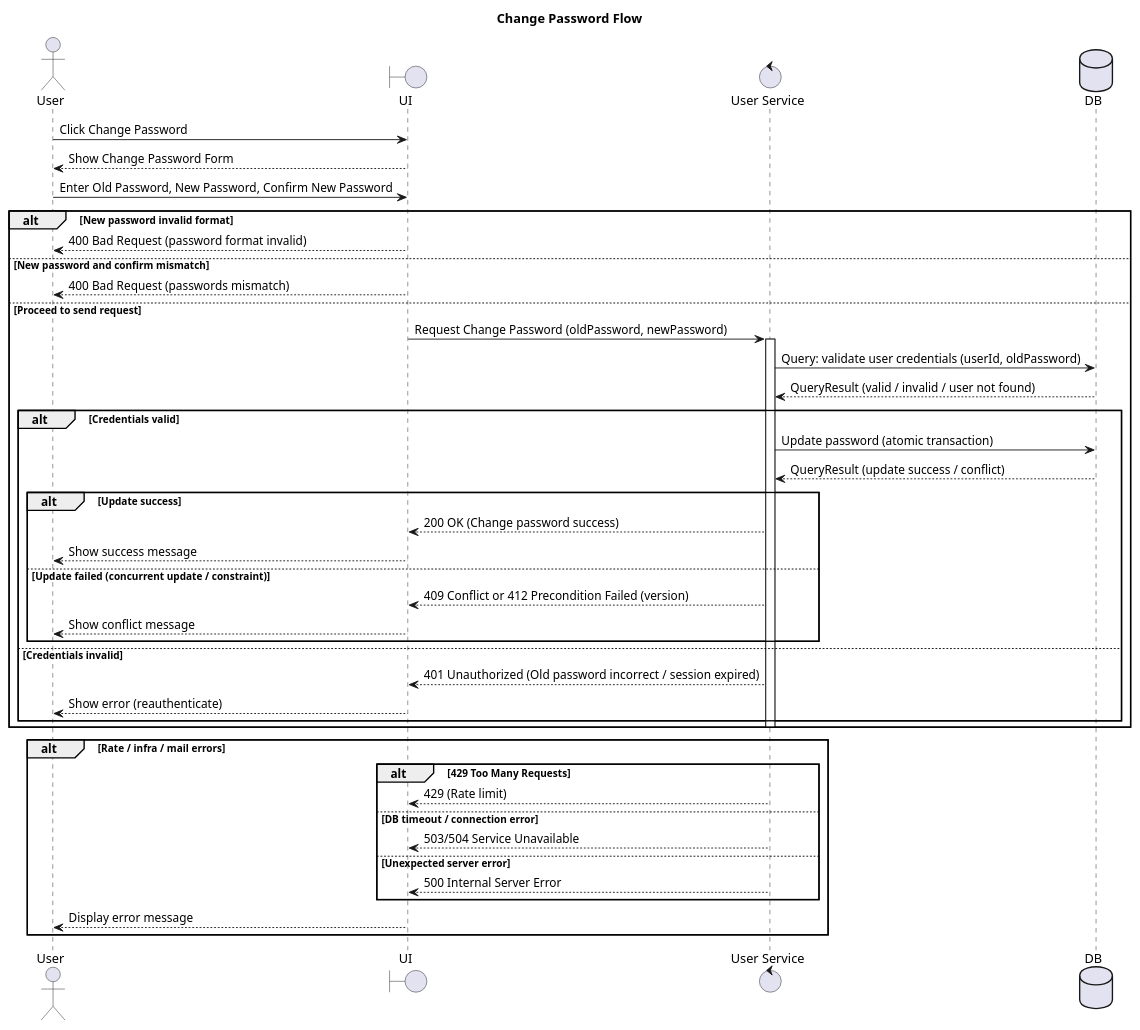
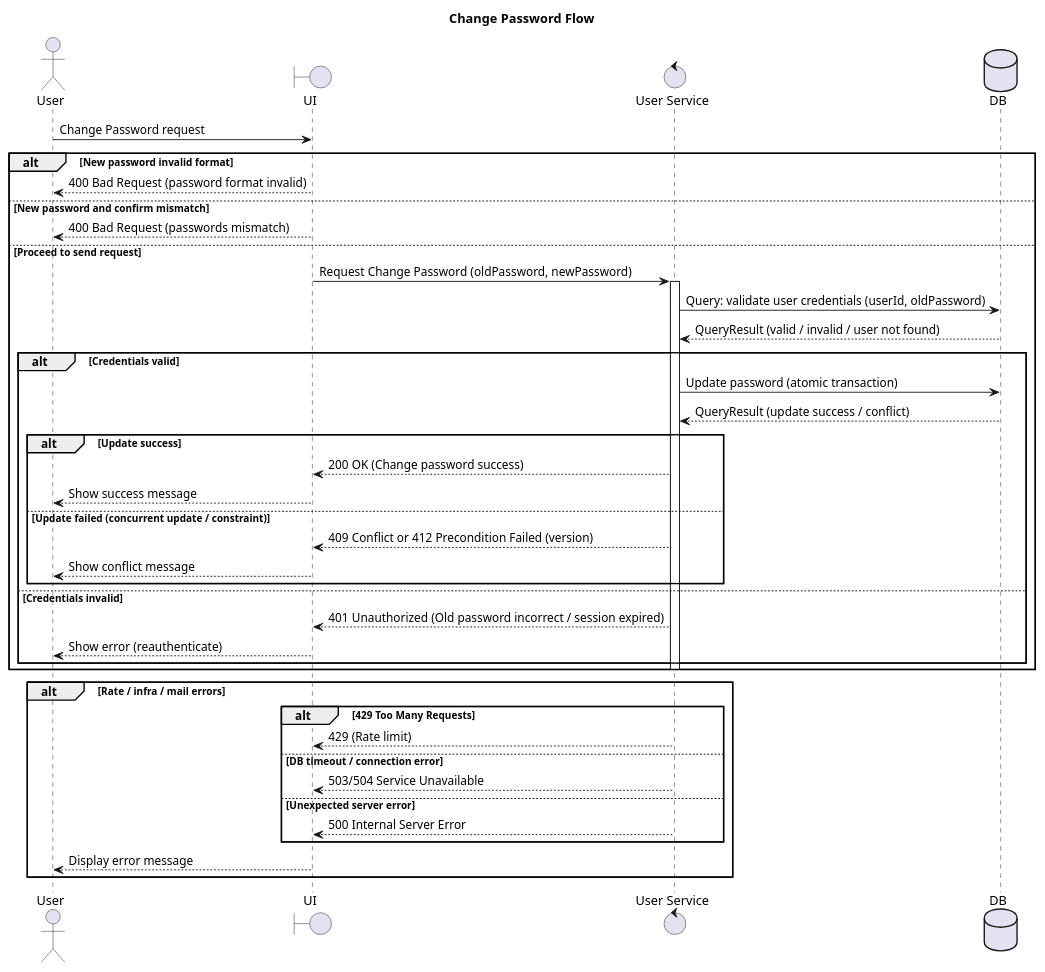
The diagram in UML/Sequence/Change Password.puml (Sagitoaz/BTL_OOP), drawn with PlantUML before and after one commit. The commit also changed 3 other files, not shown here.

Commit message:
Fix: Account Sequence

```diff
--- a/UML/Sequence/Change Password.puml
+++ b/UML/Sequence/Change Password.puml
@@ -1,51 +1,48 @@
 @startuml Change Password Flow
 title Change Password Flow
 actor User
 boundary UI
 control "User Service" as Service
 database DB
 
-User -> UI: Click Change Password
-UI --> User: Show Change Password Form
-User -> UI: Enter Old Password, New Password, Confirm New Password
-
+User -> UI: Change Password request
 ' Client-side prechecks (format/match)
 alt New password invalid format
     UI --> User: 400 Bad Request (password format invalid)
 else New password and confirm mismatch
     UI --> User: 400 Bad Request (passwords mismatch)
 else Proceed to send request
     UI -> Service: Request Change Password (oldPassword, newPassword)
     activate Service
 
     Service -> DB: Query: validate user credentials (userId, oldPassword)
     DB --> Service: QueryResult (valid / invalid / user not found)
 
     alt Credentials valid
         Service -> DB: Update password (atomic transaction)
         DB --> Service: QueryResult (update success / conflict)
         alt Update success
             Service --> UI: 200 OK (Change password success)
             UI --> User: Show success message
         else Update failed (concurrent update / constraint)
             Service --> UI: 409 Conflict or 412 Precondition Failed (version)
             UI --> User: Show conflict message
         end
     else Credentials invalid
         Service --> UI: 401 Unauthorized (Old password incorrect / session expired)
         UI --> User: Show error (reauthenticate)
     end
     deactivate Service
 end
 
 alt Rate / infra / mail errors
     alt 429 Too Many Requests
         Service --> UI: 429 (Rate limit)
     else DB timeout / connection error
         Service --> UI: 503/504 Service Unavailable
     else Unexpected server error
         Service --> UI: 500 Internal Server Error
     end
     UI --> User: Display error message
 end
 @enduml
```
